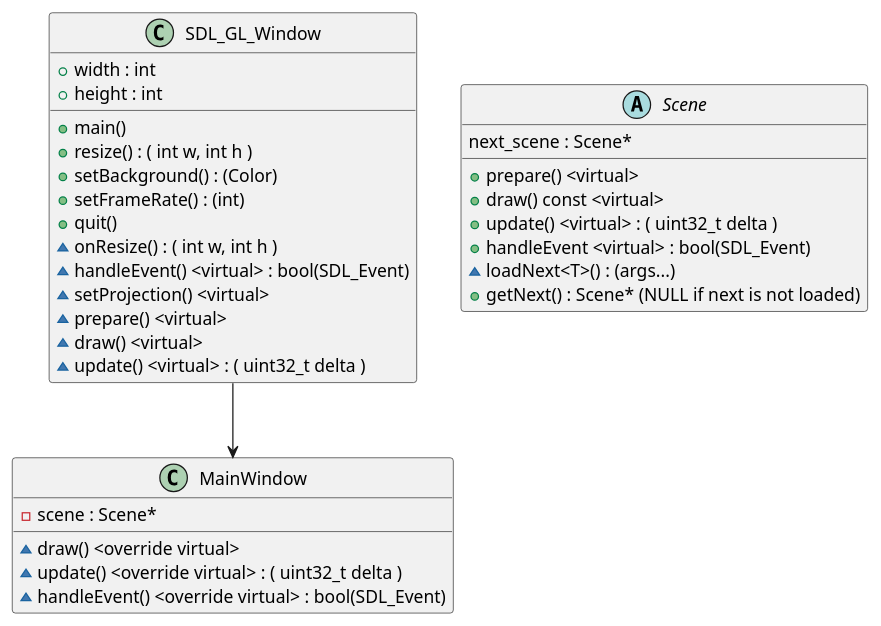
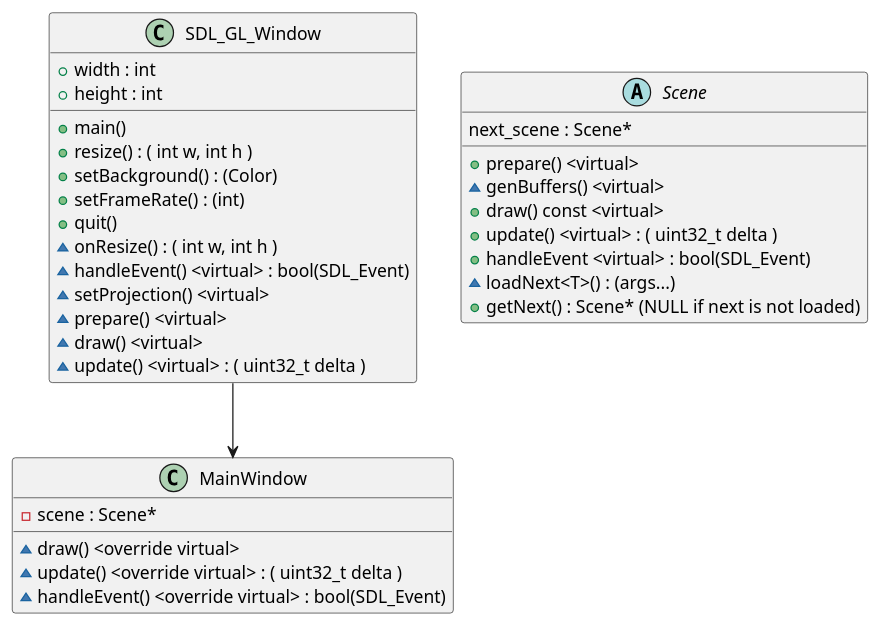
One commit to westfence105/rise_and_fall_rt changed the diagram in doc/View_Class.pu. Above: the diagram before and after it, drawn with PlantUML. The commit also changed 4 other files, not shown here.

```diff
--- a/doc/View_Class.pu
+++ b/doc/View_Class.pu
@@ -1,34 +1,35 @@
 class SDL_GL_Window {
   +main()
   +width : int
   +height : int
   +resize() : ( int w, int h )
   +setBackground() : (Color)
   +setFrameRate() : (int)
   +quit()
   ~onResize() : ( int w, int h )
   ~handleEvent() <virtual> : bool(SDL_Event)
   ~setProjection() <virtual>
   ~prepare() <virtual>
   ~draw() <virtual>
   ~update() <virtual> : ( uint32_t delta )
 }
 
 SDL_GL_Window -down-> MainWindow
 
 class MainWindow {
   ~draw() <override virtual>
   ~update() <override virtual> : ( uint32_t delta )
   ~handleEvent() <override virtual> : bool(SDL_Event)
   -scene : Scene*
 }
 
 abstract Scene {
   +prepare() <virtual>
+  ~genBuffers() <virtual>
   +draw() const <virtual>
   +update() <virtual> : ( uint32_t delta )
   +handleEvent <virtual> : bool(SDL_Event)
   next_scene : Scene*
   ~loadNext<T>() : (args...)
   +getNext() : Scene* (NULL if next is not loaded)
 }
```
